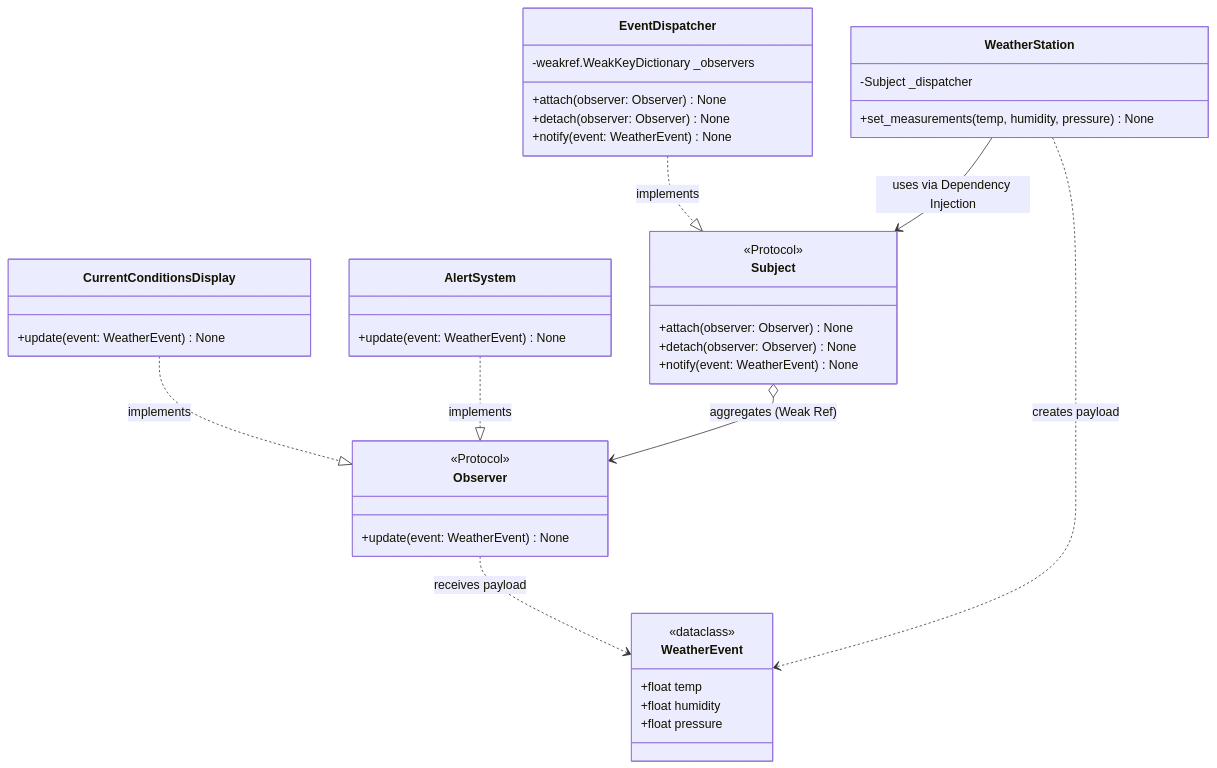
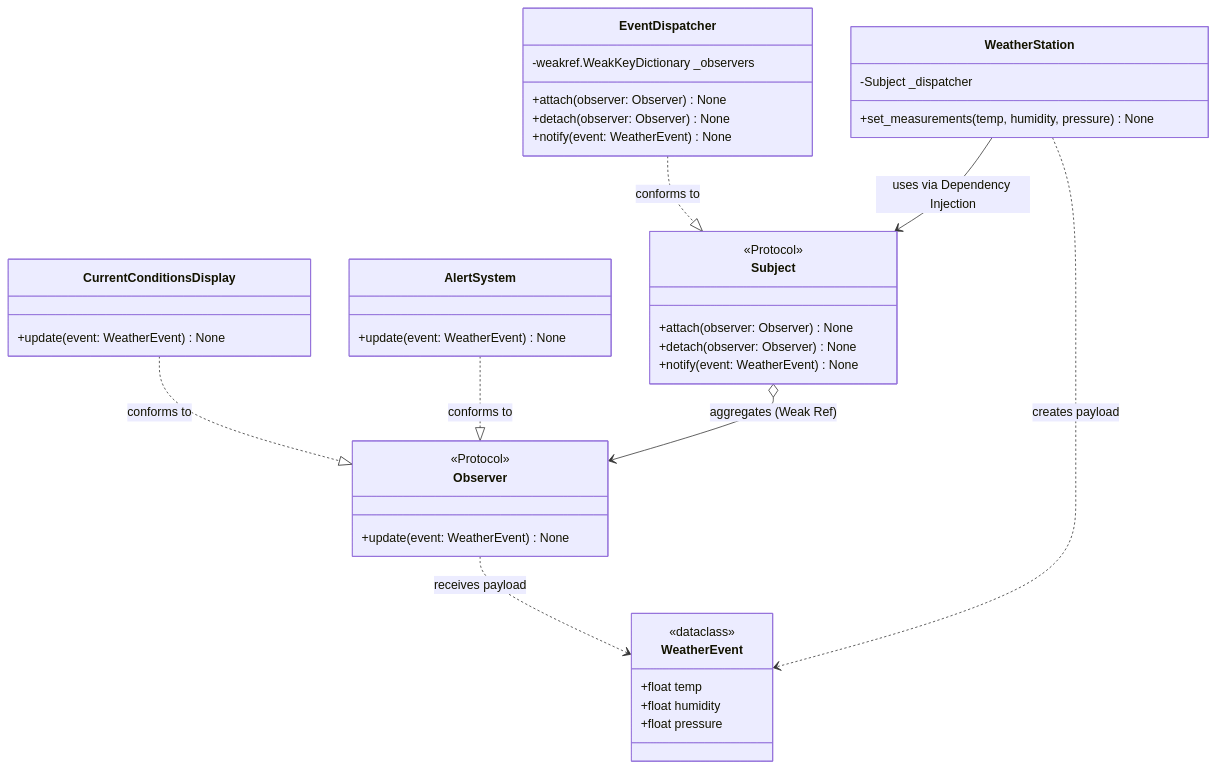
Before and after one commit to cwaltz/EPIJudge: the first of 2 diagrams in py_prod_implementations/design_patterns/behavioral/observer/README.md, drawn with Mermaid. The commit also changed 1 other file, not shown here.

Commit message:
Update observer codes

````diff
--- a/py_prod_implementations/design_patterns/behavioral/observer/README.md
+++ b/py_prod_implementations/design_patterns/behavioral/observer/README.md
@@ -3,58 +3,58 @@
 ```mermaid
 classDiagram
     %% 1. Define Interfaces (Protocols)
     class Subject {
         <<Protocol>>
         +attach(observer: Observer) None
         +detach(observer: Observer) None
         +notify(event: WeatherEvent) None
     }
 
     class Observer {
         <<Protocol>>
         +update(event: WeatherEvent) None
     }
 
     %% 2. Define Concrete Infrastructure
     class EventDispatcher {
         -weakref.WeakKeyDictionary _observers
         +attach(observer: Observer) None
         +detach(observer: Observer) None
         +notify(event: WeatherEvent) None
     }
 
     %% 3. Define Domain Payload
     class WeatherEvent {
         <<dataclass>>
         +float temp
         +float humidity
         +float pressure
     }
 
     %% 4. Define Domain Logic
     class WeatherStation {
         -Subject _dispatcher
         +set_measurements(temp, humidity, pressure) None
     }
 
     %% 5. Define Concrete Observers
     class CurrentConditionsDisplay {
         +update(event: WeatherEvent) None
     }
 
     class AlertSystem {
         +update(event: WeatherEvent) None
     }
 
     %% 6. Draw Relationships
     %% Realization (Implementation)
-    EventDispatcher ..|> Subject : implements
-    CurrentConditionsDisplay ..|> Observer : implements
-    AlertSystem ..|> Observer : implements
+    EventDispatcher ..|> Subject : conforms to
+    CurrentConditionsDisplay ..|> Observer : conforms to
+    AlertSystem ..|> Observer : conforms to
 
     %% Dependencies and Aggregation
     WeatherStation --> Subject : uses via Dependency Injection
     Subject o--> Observer : aggregates (Weak Ref)
     Observer ..> WeatherEvent : receives payload
     WeatherStation ..> WeatherEvent : creates payload
 ```
````
